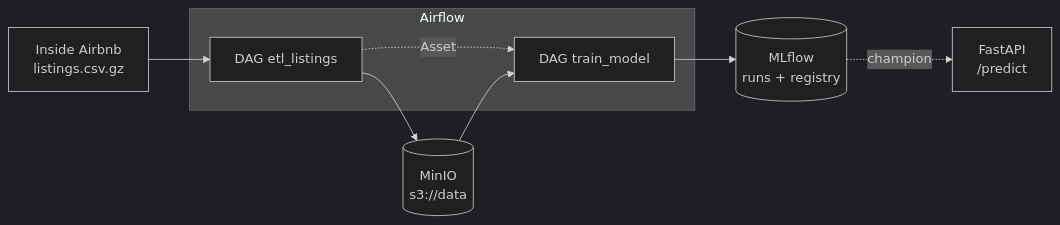
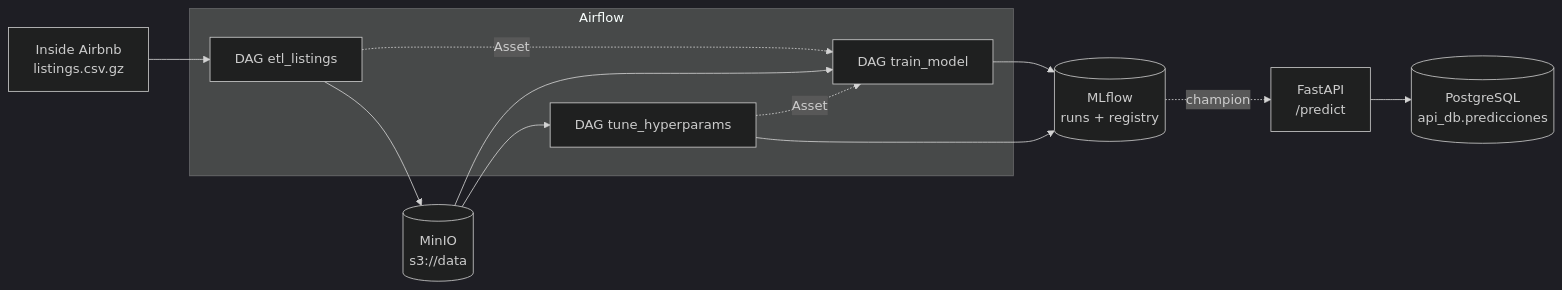
Before and after one commit to uqee/ceia-mlops1-tp: the first of 3 diagrams in README.md, drawn with Mermaid (dark theme). The commit also changed other lines of this file, not shown here.

Commit message:
docs(readme): documenta la API, la búsqueda de hiperparámetros y el log de predicciones

````diff
--- a/README.md
+++ b/README.md
@@ -38,11 +39,15 @@
 ```mermaid
 flowchart LR
   CSV[Inside Airbnb<br/>listings.csv.gz] --> ETL
   subgraph Airflow
     ETL[DAG etl_listings] -. Asset .-> TRAIN[DAG train_model]
+    TUNE[DAG tune_hyperparams] -. Asset .-> TRAIN
   end
   ETL --> S3[(MinIO<br/>s3://data)]
   S3 --> TRAIN
-  TRAIN --> ML[(MLflow<br/>runs + registry)]
+  S3 --> TUNE
+  TUNE --> ML[(MLflow<br/>runs + registry)]
+  TRAIN --> ML
   ML -. champion .-> API[FastAPI<br/>/predict]
+  API --> PG[(PostgreSQL<br/>api_db.predicciones)]
 ```
````
